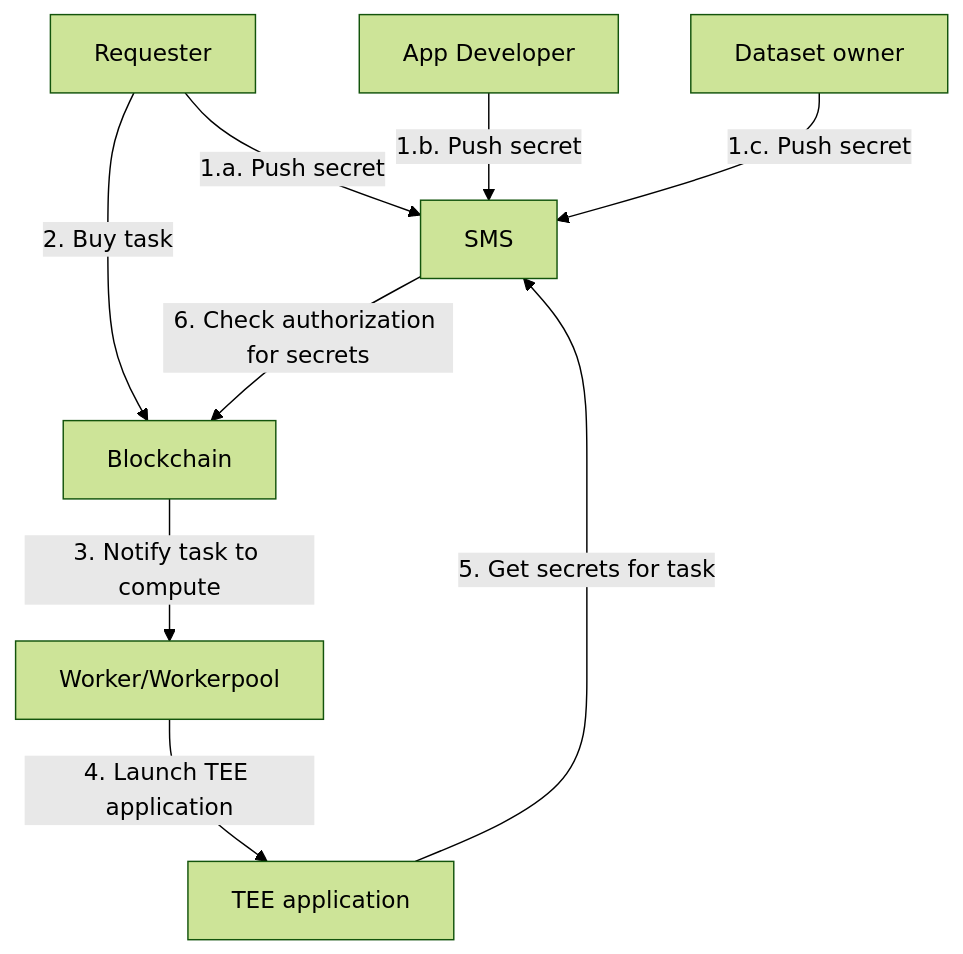
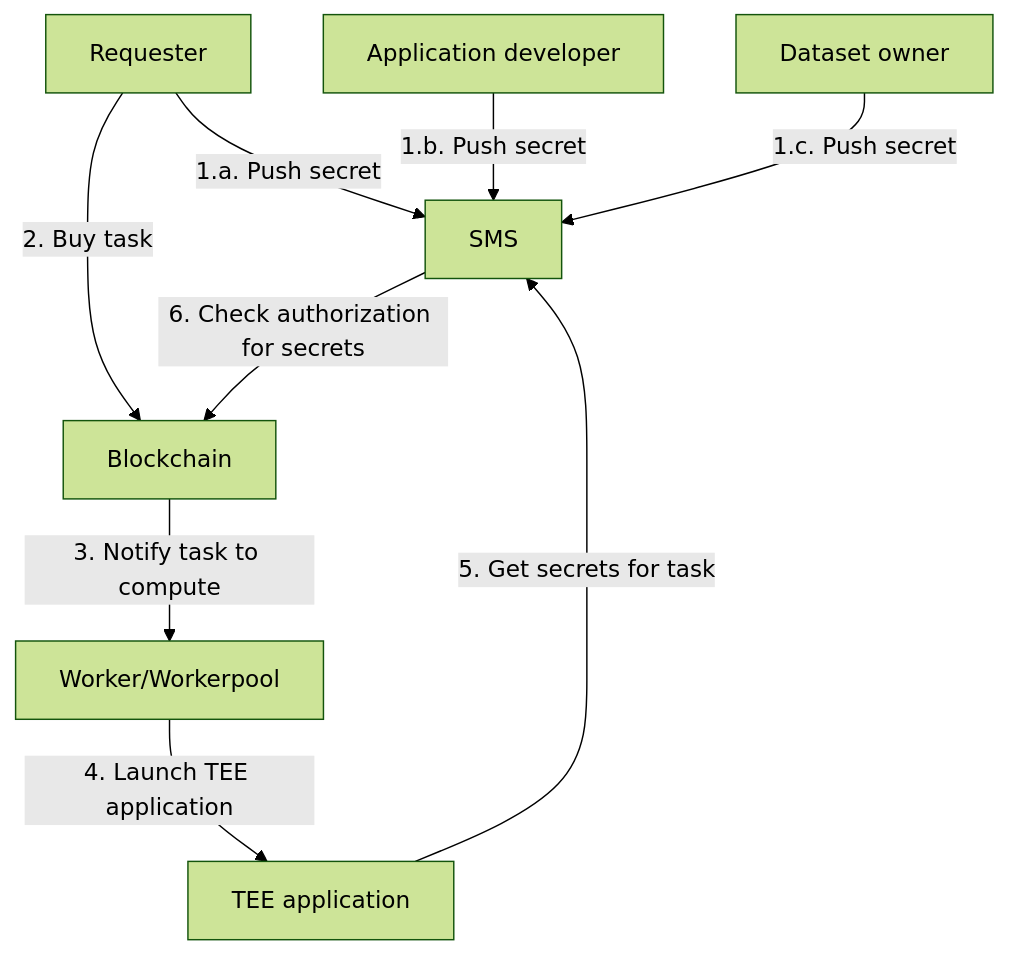
Before and after one commit to iExecBlockchainComputing/documentation: the diagram in for-developers/confidential-computing/access-confidential-assets.md, drawn with Mermaid (forest theme). The commit also changed other lines of this file, not shown here.

````diff
--- a/for-developers/confidential-computing/access-confidential-assets.md
+++ b/for-developers/confidential-computing/access-confidential-assets.md
@@ -16,11 +17,11 @@
 ```mermaid
 graph TD
     Req[Requester] -->|1.a. Push secret| SMS[SMS]
-    AppDev[App Developer] -->|1.b. Push secret| SMS
+    AppDev[Application developer] -->|1.b. Push secret| SMS
     DatasetOwn[Dataset owner] -->|1.c. Push secret| SMS
     Req --> |2. Buy task| Chain
     Chain[Blockchain] --> |3. Notify task to compute| Worker[Worker/Workerpool]
     Worker --> |4. Launch TEE application| App[TEE application]
     App --> |5. Get secrets for task| SMS
     SMS --> |6. Check authorization for secrets| Chain
 ```
````
